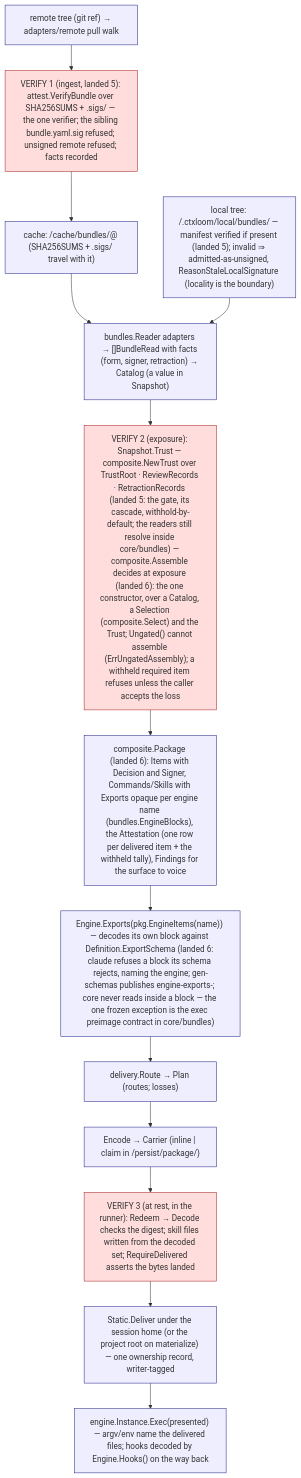
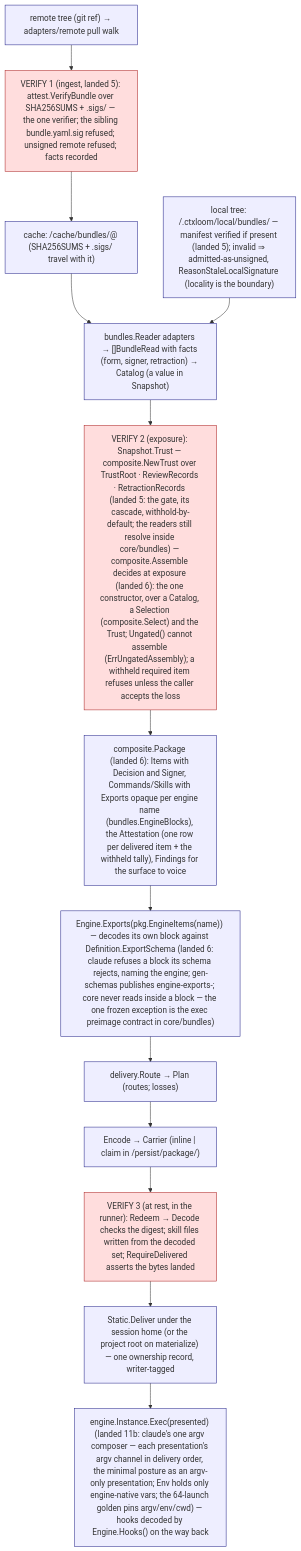
One commit to ctxloom/ctxloom changed the fifth of 5 diagrams in docs/architecture/audit-2026-09-18/30-decided-architecture.md. Above: the diagram before and after it, drawn with Mermaid. The commit also changed other lines of this file and 1 other file, not shown here.

First line of the commit message:
docs(architecture): the instance half as landed — §1.1 engines node and the lm/hosting row, §2.1 INST node, §2.3 Exec node; the engines area page's instance section

````diff
--- a/docs/architecture/audit-2026-09-18/30-decided-architecture.md
+++ b/docs/architecture/audit-2026-09-18/30-decided-architecture.md
@@ -3185,21 +3185,21 @@
 ```mermaid
 flowchart TB
   classDef v fill:#fdd,stroke:#a22
   classDef s fill:#eef,stroke:#228
   R["remote tree (git ref) → adapters/remote pull walk"]:::s
   V1["VERIFY 1 (ingest, landed 5): attest.VerifyBundle over SHA256SUMS + .sigs/ — the one verifier; the sibling bundle.yaml.sig refused; unsigned remote refused; facts recorded"]:::v
   C["cache: <app>/cache/bundles/<name>@<pin> (SHA256SUMS + .sigs/ travel with it)"]:::s
   L["local tree: <project>/.ctxloom/local/bundles/<name> — manifest verified if present (landed 5); invalid ⇒ admitted-as-unsigned, ReasonStaleLocalSignature (locality is the boundary)"]:::s
   RD["bundles.Reader adapters → []BundleRead with facts (form, signer, retraction) → Catalog (a value in Snapshot)"]:::s
   V2["VERIFY 2 (exposure): Snapshot.Trust — composite.NewTrust over TrustRoot · ReviewRecords · RetractionRecords (landed 5: the gate, its cascade, withhold-by-default; the readers still resolve inside core/bundles) — composite.Assemble decides at exposure (landed 6): the one constructor, over a Catalog, a Selection (composite.Select) and the Trust; Ungated() cannot assemble (ErrUngatedAssembly); a withheld required item refuses unless the caller accepts the loss"]:::v
   P["composite.Package (landed 6): Items with Decision and Signer, Commands/Skills with Exports opaque per engine name (bundles.EngineBlocks), the Attestation (one row per delivered item + the withheld tally), Findings for the surface to voice"]:::s
   E["Engine.Exports(pkg.EngineItems(name)) — decodes its own block against Definition.ExportSchema (landed 6: claude refuses a block its schema rejects, naming the engine; gen-schemas publishes engine-exports-<name>; core never reads inside a block — the one frozen exception is the exec preimage contract in core/bundles)"]:::s
   PL["delivery.Route → Plan (routes; losses)"]:::s
   ENC["Encode → Carrier (inline | claim in <harp>/persist/package/<digest>)"]:::s
   V3["VERIFY 3 (at rest, in the runner): Redeem → Decode checks the digest; skill files written from the decoded set; RequireDelivered asserts the bytes landed"]:::v
   D["Static.Deliver under the session home (or the project root on materialize) — one ownership record, writer-tagged"]:::s
-  X["engine.Instance.Exec(presented) — argv/env name the delivered files; hooks decoded by Engine.Hooks() on the way back"]:::s
+  X["engine.Instance.Exec(presented) (landed 11b: claude's one argv composer — each presentation's argv channel in delivery order, the minimal posture as an argv-only presentation; Env holds only engine-native vars; the 64-launch golden pins argv/env/cwd) — hooks decoded by Engine.Hooks() on the way back"]:::s
   R --> V1 --> C --> RD
   L --> RD
   RD --> V2 --> P --> E --> PL --> ENC --> V3 --> D --> X
 ```
````
